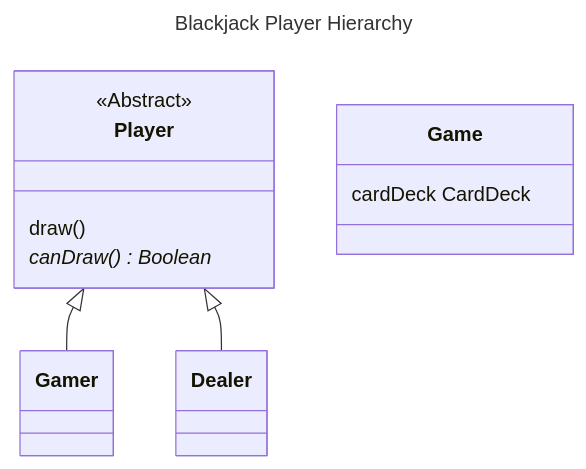
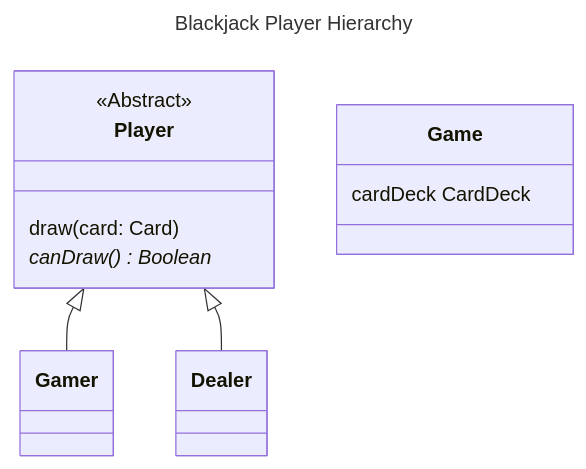
The diagram in blackjack_class.md (next-step/kotlin-blackjack), drawn with Mermaid before and after one commit. The commit also changed 3 other files, not shown here.

````diff
--- a/blackjack_class.md
+++ b/blackjack_class.md
@@ -1,19 +1,19 @@
 ```mermaid
 ---
 title: Blackjack Player Hierarchy
 ---
 classDiagram
     class Player {
-        draw()
+        draw(card: Card)
         canDraw()* Boolean
     }
     <<Abstract>> Player
 
     Player <|-- Gamer
     Player <|-- Dealer
     
     class Game {
         cardDeck CardDeck
     }
 
 ```
````
